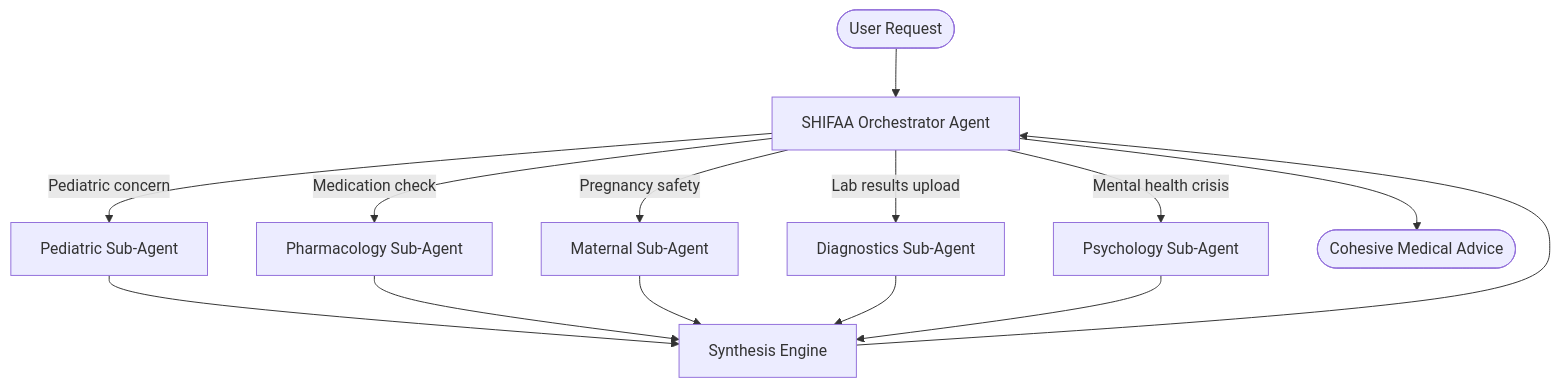
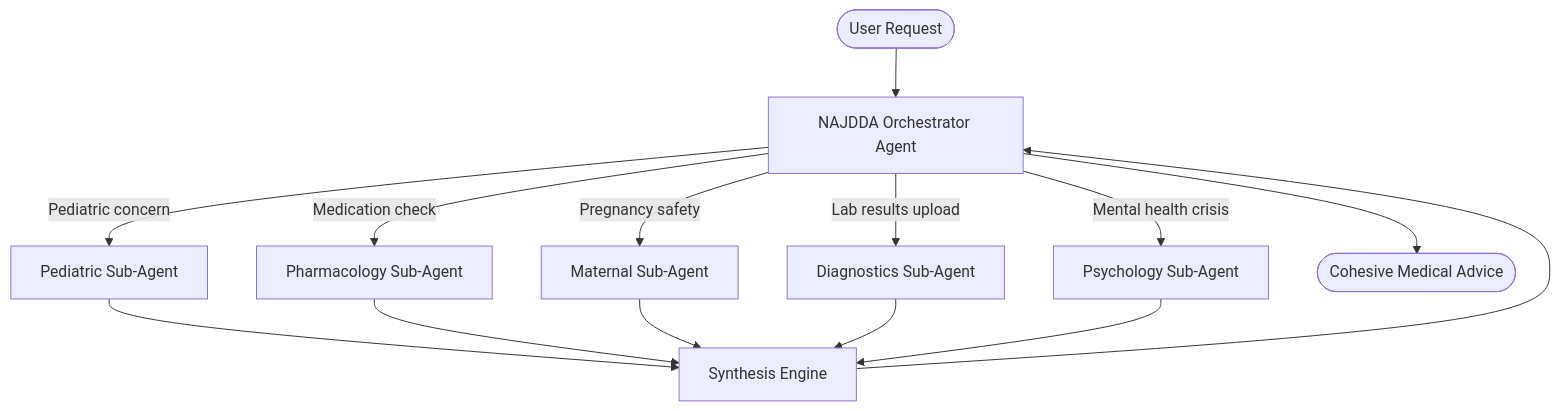
The diagram in docs/multi_agent_architecture.md (BLD933/najdda), drawn with Mermaid before and after one commit. The commit also changed other lines of this file and 102 other files, not shown here.

First line of the commit message:
rebrand: rename SHIFAA → NAJDDA across web, mobile, iOS and docs

````diff
--- a/docs/multi_agent_architecture.md
+++ b/docs/multi_agent_architecture.md
@@ -11,19 +11,19 @@
 ```mermaid
 graph TD
-    User([User Request]) --> O[SHIFAA Orchestrator Agent]
+    User([User Request]) --> O[NAJDDA Orchestrator Agent]
     
     O -->|Pediatric concern| A1[Pediatric Sub-Agent]
     O -->|Medication check| A2[Pharmacology Sub-Agent]
     O -->|Pregnancy safety| A3[Maternal Sub-Agent]
     O -->|Lab results upload| A4[Diagnostics Sub-Agent]
     O -->|Mental health crisis| A5[Psychology Sub-Agent]
     
     A1 --> S[Synthesis Engine]
     A2 --> S
     A3 --> S
     A4 --> S
     A5 --> S
     
     S --> O
     O --> UserResponse([Cohesive Medical Advice])
 ```
````
